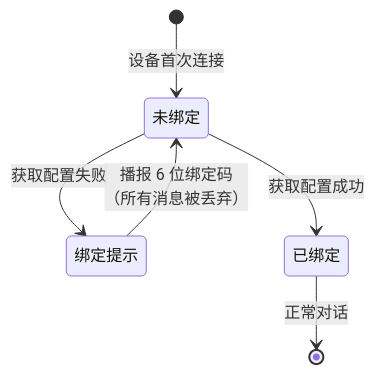
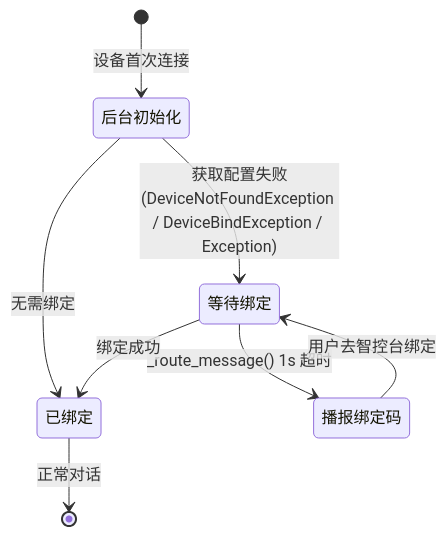
The third of 8 diagrams in docs/xiaozhi-server-training-lite.md (20074021207/xiaozhi-esp32-server), drawn with Mermaid before and after one commit. The commit also changed other lines of this file and 1 other file, not shown here.

````diff
--- a/docs/xiaozhi-server-training-lite.md
+++ b/docs/xiaozhi-server-training-lite.md
@@ -237,8 +258,10 @@
 ```mermaid
 stateDiagram-v2
-    [*] --> 未绑定: 设备首次连接
-    未绑定 --> 绑定提示: 获取配置失败
-    绑定提示 --> 未绑定: 播报 6 位绑定码<br/>（所有消息被丢弃）
-    未绑定 --> 已绑定: 获取配置成功
+    [*] --> 后台初始化: 设备首次连接
+    后台初始化 --> 等待绑定: 获取配置失败<br/>(DeviceNotFoundException / DeviceBindException / Exception)
+    后台初始化 --> 已绑定: 无需绑定
+    等待绑定 --> 播报绑定码: _route_message() 1s 超时
+    播报绑定码 --> 等待绑定: 用户去智控台绑定
+    等待绑定 --> 已绑定: 绑定成功
     已绑定 --> [*]: 正常对话
 ```
````
